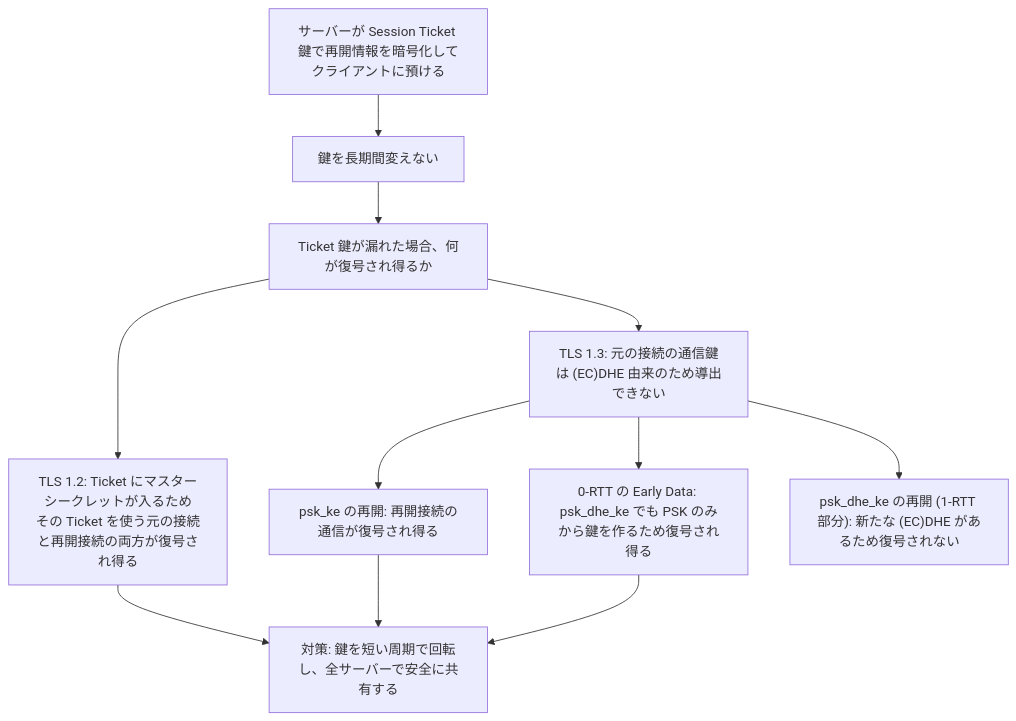
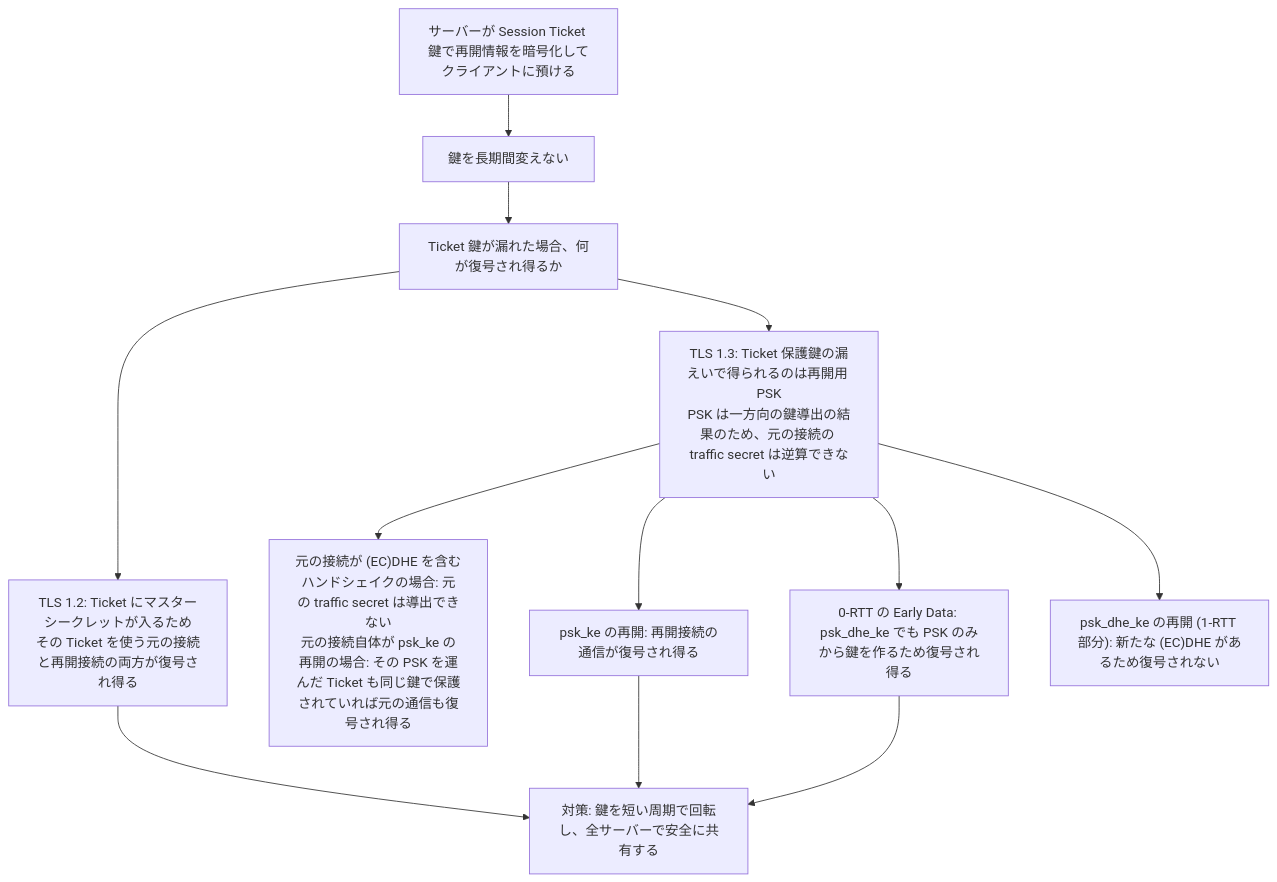
Before and after one commit to myoshi2891/Security_Studies: diagram 16 of 24 in Bulletproof-tls-pki-guide.md, drawn with Mermaid. The commit also changed other lines of this file, not shown here.

Commit message:
docs(tls-pki): clarify TLS 1.3 key exchange modes and session ticket forward secrecy

````diff
--- a/Bulletproof-tls-pki-guide.md
+++ b/Bulletproof-tls-pki-guide.md
@@ -708,13 +708,14 @@
 ```mermaid
 flowchart TD
     A["サーバーが Session Ticket 鍵で再開情報を暗号化してクライアントに預ける"] --> B["鍵を長期間変えない"]
     B --> C["Ticket 鍵が漏れた場合、何が復号され得るか"]
     C --> T12["TLS 1.2: Ticket にマスターシークレットが入るため<br/>その Ticket を使う元の接続と再開接続の両方が復号され得る"]
-    C --> T13["TLS 1.3: 元の接続の通信鍵は (EC)DHE 由来のため導出できない"]
+    C --> T13["TLS 1.3: Ticket 保護鍵の漏えいで得られるのは再開用 PSK<br/>PSK は一方向の鍵導出の結果のため、元の接続の traffic secret は逆算できない"]
+    T13 --> K0["元の接続が (EC)DHE を含むハンドシェイクの場合: 元の traffic secret は導出できない<br/>元の接続自体が psk_ke の再開の場合: その PSK を運んだ Ticket も同じ鍵で保護されていれば元の通信も復号され得る"]
     T13 --> K1["psk_ke の再開: 再開接続の通信が復号され得る"]
     T13 --> K2["0-RTT の Early Data: psk_dhe_ke でも PSK のみから鍵を作るため復号され得る"]
     T13 --> K3["psk_dhe_ke の再開 (1-RTT 部分): 新たな (EC)DHE があるため復号されない"]
     T12 --> D["対策: 鍵を短い周期で回転し、全サーバーで安全に共有する"]
     K1 --> D
     K2 --> D
 ```
````
